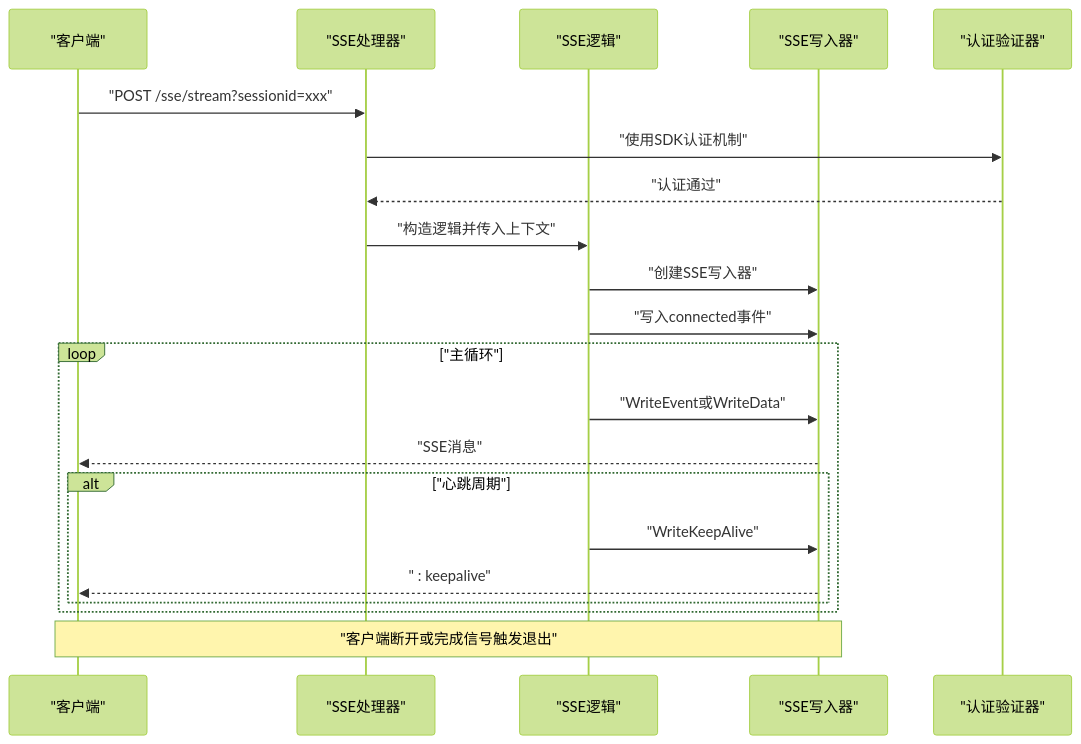
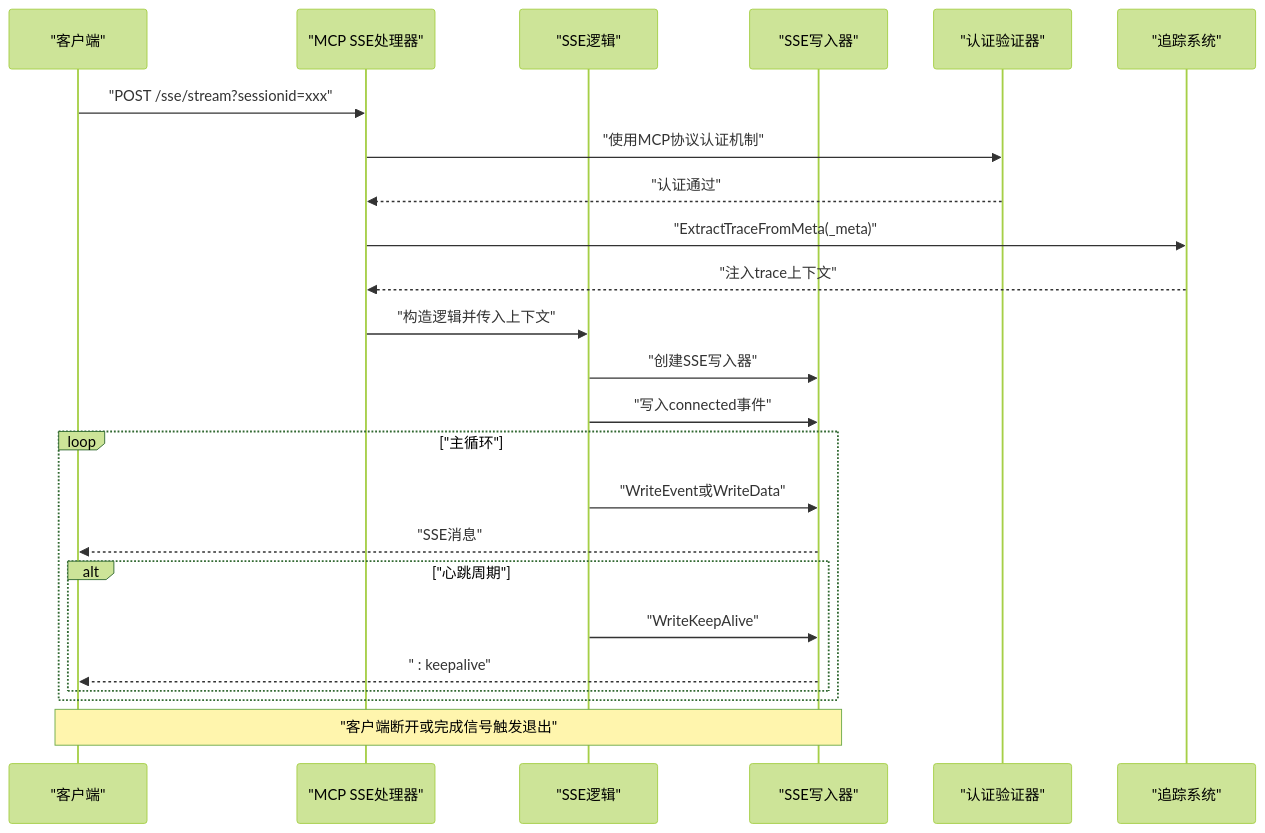
The second of 11 diagrams in .qoder/repowiki/zh/content/实时通信模块/Server-Sent Events流式传输.md (maomao94/zero-service), drawn with Mermaid (forest theme) before and after one commit. The commit also changed other lines of this file and 25 other files, not shown here.

````diff
--- a/.qoder/repowiki/zh/content/实时通信模块/Server-Sent Events流式传输.md
+++ b/.qoder/repowiki/zh/content/实时通信模块/Server-Sent Events流式传输.md
@@ -137,23 +165,26 @@
 ```mermaid
 sequenceDiagram
 participant Client as "客户端"
-participant SSEHandler as "SSE处理器"
+participant SSEHandler as "MCP SSE处理器"
 participant Logic as "SSE逻辑"
 participant Writer as "SSE写入器"
 participant Auth as "认证验证器"
+participant Trace as "追踪系统"
 Client->>SSEHandler : "POST /sse/stream?sessionid=xxx"
-SSEHandler->>Auth : "使用SDK认证机制"
+SSEHandler->>Auth : "使用MCP协议认证机制"
 Auth-->>SSEHandler : "认证通过"
+SSEHandler->>Trace : "ExtractTraceFromMeta(_meta)"
+Trace-->>SSEHandler : "注入trace上下文"
 SSEHandler->>Logic : "构造逻辑并传入上下文"
 Logic->>Writer : "创建SSE写入器"
 Logic->>Writer : "写入connected事件"
 loop "主循环"
 Logic->>Writer : "WriteEvent或WriteData"
 Writer-->>Client : "SSE消息"
 alt "心跳周期"
 Logic->>Writer : "WriteKeepAlive"
 Writer-->>Client : " : keepalive"
 end
 end
 note over Client,Writer : "客户端断开或完成信号触发退出"
 ```
````
